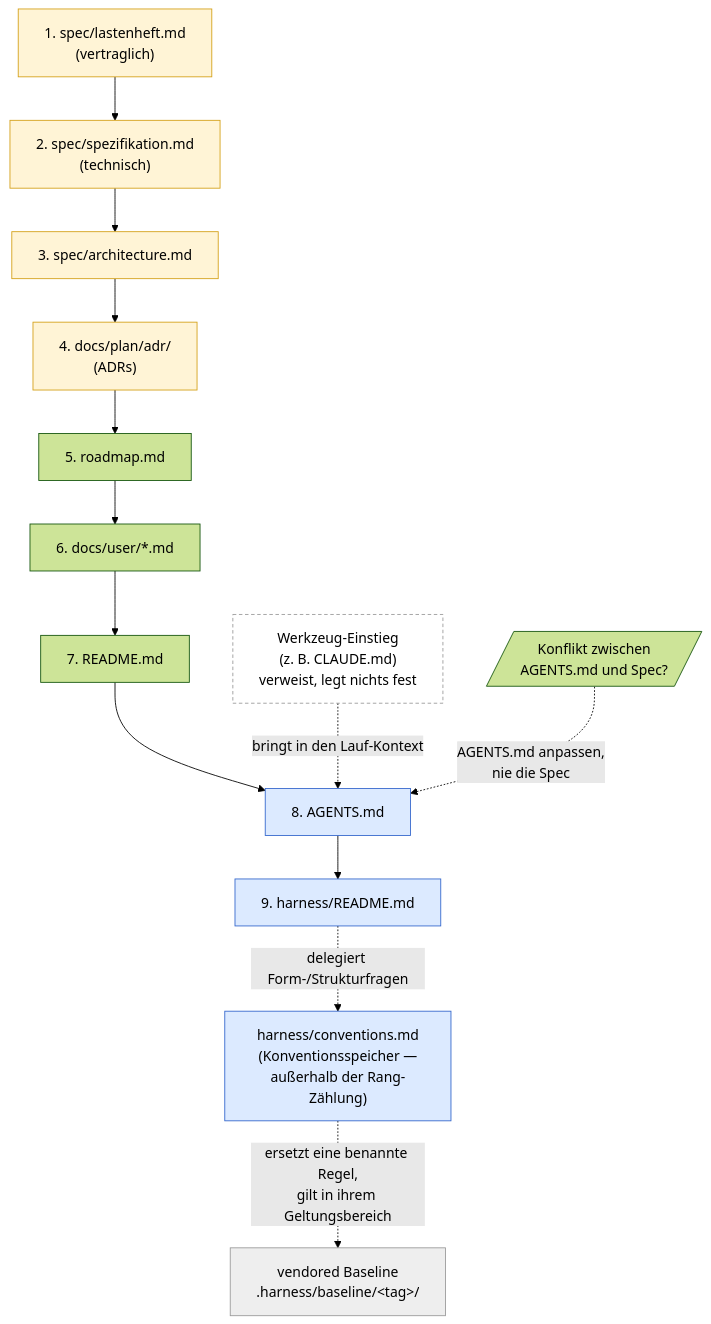
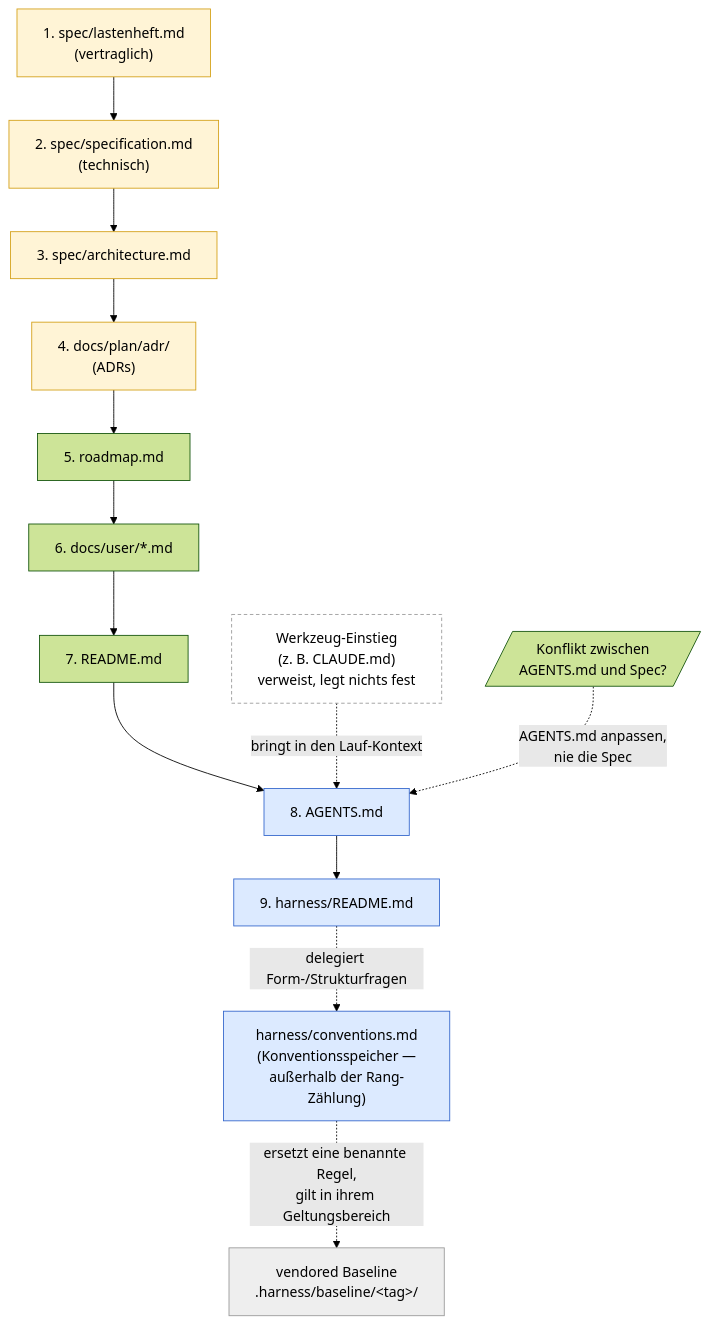
The first of 2 diagrams in kurs/de/grundlagen/source-precedence.md (pt9912/ai-harness-course), drawn with Mermaid (forest theme) before and after one commit. The commit also changed other lines of this file and 136 other files, not shown here.

````diff
--- a/kurs/de/grundlagen/source-precedence.md
+++ b/kurs/de/grundlagen/source-precedence.md
@@ -20,25 +20,25 @@
 ```mermaid
 flowchart TD
-    L["1. spec/lastenheft.md<br/>(vertraglich)"] --> T["2. spec/spezifikation.md<br/>(technisch)"]
+    L["1. spec/lastenheft.md<br/>(vertraglich)"] --> T["2. spec/specification.md<br/>(technisch)"]
     T --> S["3. spec/architecture.md"]
     S --> A["4. docs/plan/adr/<br/>(ADRs)"]
     A --> R["5. roadmap.md"]
     R --> U["6. docs/user/*.md"]
     U --> RM["7. README.md"]
     RM --> AG["8. AGENTS.md"]
     AG --> H["9. harness/README.md"]
     H -. "delegiert Form-/Strukturfragen" .-> C["harness/conventions.md<br/>(Konventionsspeicher —<br/>außerhalb der Rang-Zählung)"]
     C -. "ersetzt eine benannte Regel,<br/>gilt in ihrem Geltungsbereich" .-> B["vendored Baseline<br/>.harness/baseline/&lt;tag&gt;/"]
     E["Werkzeug-Einstieg<br/>(z. B. CLAUDE.md)<br/>verweist, legt nichts fest"] -. "bringt in den Lauf-Kontext" .-> AG
     style L fill:#fff4d6,stroke:#d4a017
     style T fill:#fff4d6,stroke:#d4a017
     style S fill:#fff4d6,stroke:#d4a017
     style A fill:#fff4d6,stroke:#d4a017
     style AG fill:#dceaff,stroke:#3366cc
     style H fill:#dceaff,stroke:#3366cc
     style C fill:#dceaff,stroke:#3366cc
     style B fill:#eeeeee,stroke:#999999
     style E fill:#ffffff,stroke:#999999,stroke-dasharray: 4 3
 
     Conflict[/"Konflikt zwischen<br/>AGENTS.md und Spec?"/] -. "AGENTS.md anpassen,<br/>nie die Spec" .-> AG
 ```
````
